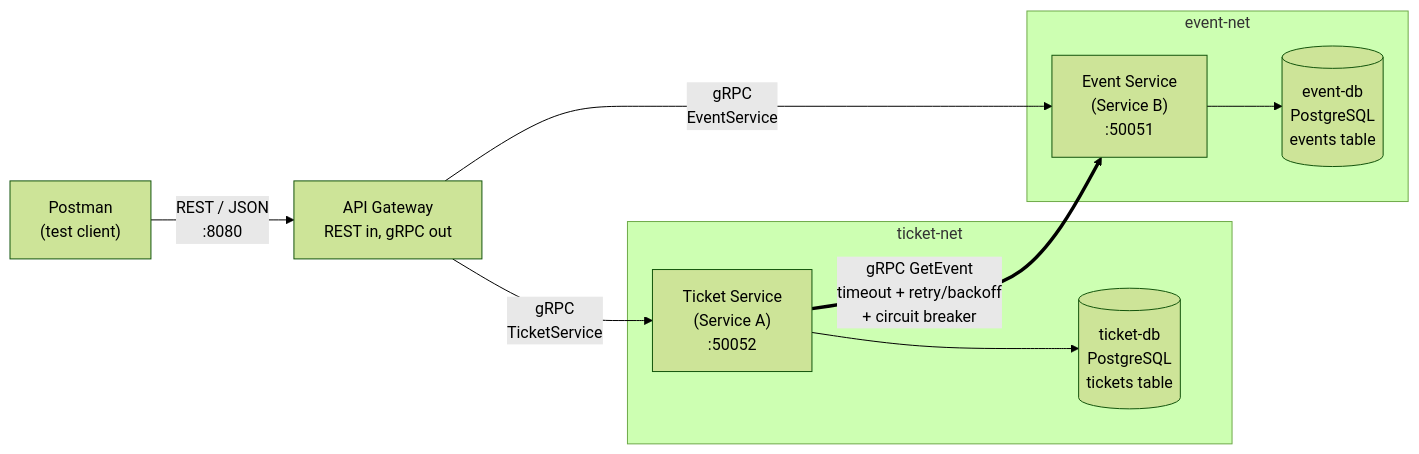
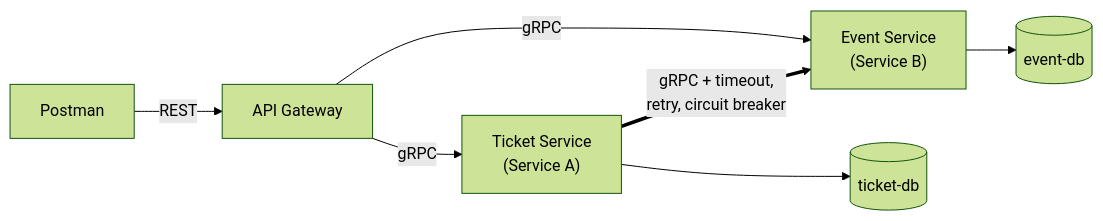
One commit to Gayley007/event-ticketing changed the diagram in README.md. Above: the diagram before and after it, drawn with Mermaid (forest theme). The commit also changed other lines of this file and 5 other files, not shown here.

````diff
--- a/README.md
+++ b/README.md
@@ -26,18 +23,9 @@
 ```mermaid
 flowchart LR
-    PM["Postman<br/>(test client)"] -- "REST / JSON<br/>:8080" --> GW["API Gateway<br/>REST in, gRPC out"]
-    GW -- "gRPC<br/>TicketService" --> TS["Ticket Service<br/>(Service A)<br/>:50052"]
-    GW -- "gRPC<br/>EventService" --> ES["Event Service<br/>(Service B)<br/>:50051"]
-    TS == "gRPC GetEvent<br/>timeout + retry/backoff<br/>+ circuit breaker" ==> ES
-    TS --> TDB[("ticket-db<br/>PostgreSQL<br/>tickets table")]
-    ES --> EDB[("event-db<br/>PostgreSQL<br/>events table")]
-
-    subgraph ticket-net
-      TS
-      TDB
-    end
-    subgraph event-net
-      ES
-      EDB
-    end
+    PM["Postman"] -- "REST" --> GW["API Gateway"]
+    GW -- "gRPC" --> TS["Ticket Service<br/>(Service A)"]
+    GW -- "gRPC" --> ES["Event Service<br/>(Service B)"]
+    TS == "gRPC + timeout,<br/>retry, circuit breaker" ==> ES
+    TS --> TDB[("ticket-db")]
+    ES --> EDB[("event-db")]
 ```
````
